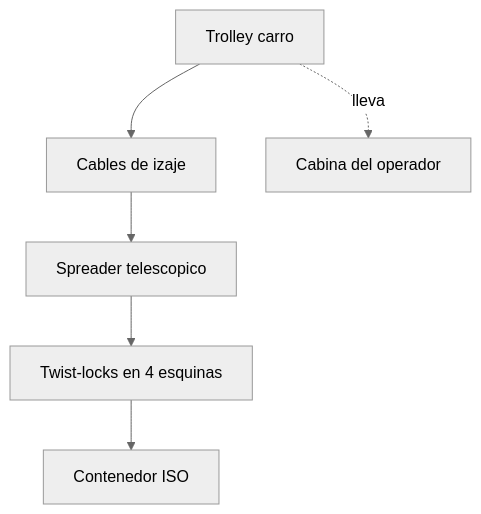
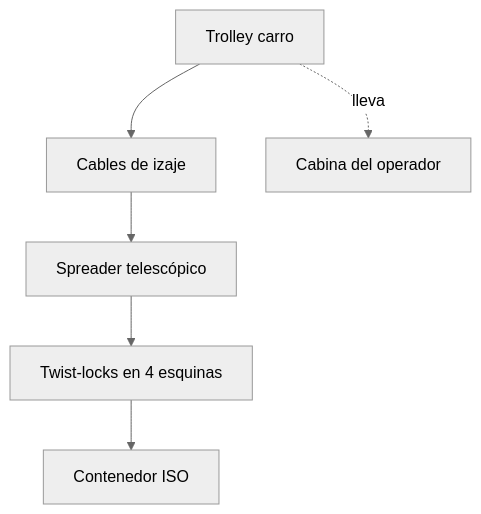
Before and after one commit to vladimiracunadev-create/machine-operator-program: the third of 4 diagrams in vehiculos/grua-portuaria/operacion/sistemas-mecanicos-grua-portuaria.md, drawn with Mermaid (neutral theme). The commit also changed other lines of this file and 442 other files, not shown here.

````diff
--- a/vehiculos/grua-portuaria/operacion/sistemas-mecanicos-grua-portuaria.md
+++ b/vehiculos/grua-portuaria/operacion/sistemas-mecanicos-grua-portuaria.md
@@ -92,8 +92,8 @@
 ```mermaid
 flowchart TD
     Carro[Trolley carro] --> Cables[Cables de izaje]
-    Cables --> Spreader[Spreader telescopico]
+    Cables --> Spreader[Spreader telescópico]
     Spreader --> Twist[Twist-locks en 4 esquinas]
     Twist --> Contenedor[Contenedor ISO]
     Carro -. lleva .-> Cabina[Cabina del operador]
 ```
````
